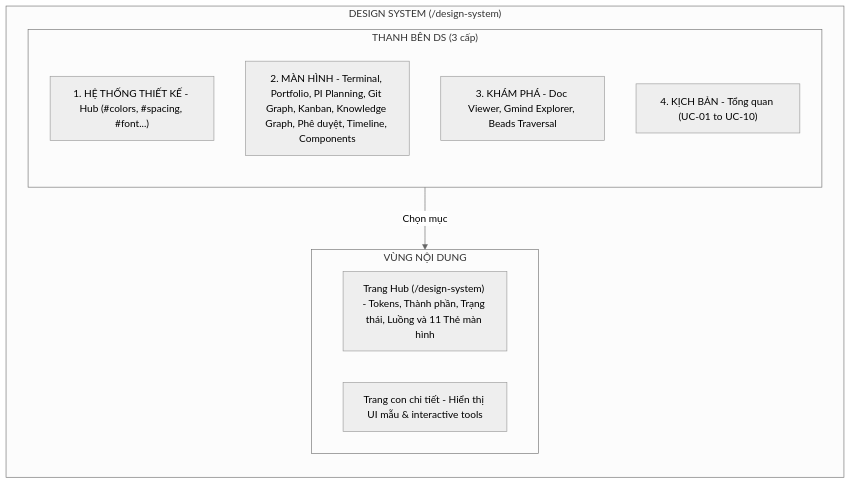
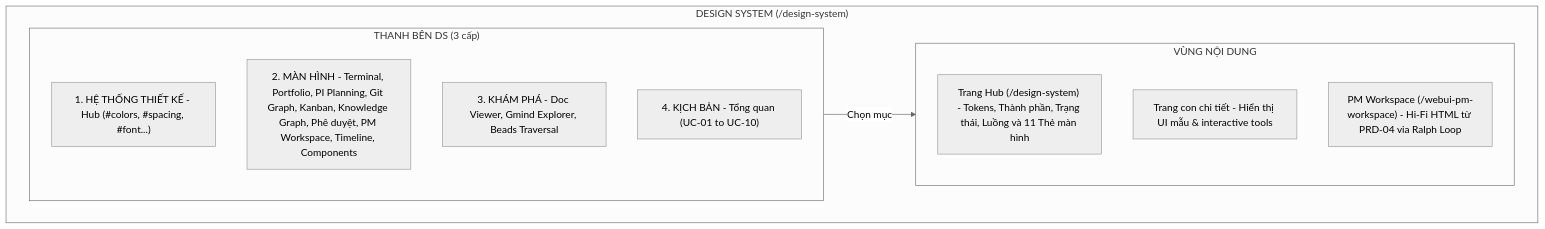
Diagram 11 of 13 in docs/PRDs/apps-website/PRD-00-Website-Structure.md (duyhunghd6/gmind), drawn with Mermaid (neutral theme) before and after one commit. The commit also changed other lines of this file and 2 other files, not shown here.

````diff
--- a/docs/PRDs/apps-website/PRD-00-Website-Structure.md
+++ b/docs/PRDs/apps-website/PRD-00-Website-Structure.md
@@ -510,19 +516,19 @@
 ```mermaid
-graph LR
+graph TD
     subgraph DS_Page["DESIGN SYSTEM (/design-system)"]
         subgraph DS_Sidebar["THANH BÊN DS (3 cấp)"]
-            direction TB
             Cat1["1. HỆ THỐNG THIẾT KẾ - Hub (#colors, #spacing, #font...)"]
-            Cat2["2. MÀN HÌNH - Terminal, Portfolio, PI Planning, Git Graph, Kanban, Knowledge Graph, Phê duyệt, Timeline, Components"]
+            Cat2["2. MÀN HÌNH - Terminal, Portfolio, PI Planning, Git Graph, Kanban, Knowledge Graph, Phê duyệt, PM Workspace, Timeline, Components"]
             Cat3["3. KHÁM PHÁ - Doc Viewer, Gmind Explorer, Beads Traversal"]
             Cat4["4. KỊCH BẢN - Tổng quan (UC-01 to UC-10)"]
         end
         
         subgraph DS_Content["VÙNG NỘI DUNG"]
             Hub["Trang Hub (/design-system) - Tokens, Thành phần, Trạng thái, Luồng và 11 Thẻ màn hình"]
             DetailPages["Trang con chi tiết - Hiển thị UI mẫu & interactive tools"]
+            PMWorkspace["PM Workspace (/webui-pm-workspace) - Hi-Fi HTML từ PRD-04 via Ralph Loop"]
         end
 
         DS_Sidebar -->|Chọn mục| DS_Content
     end
 ```
````
